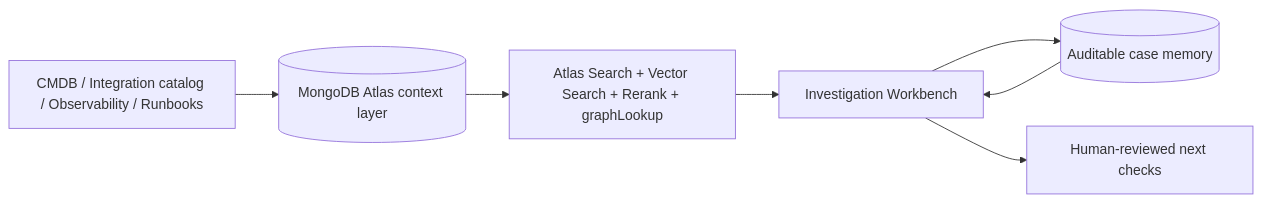
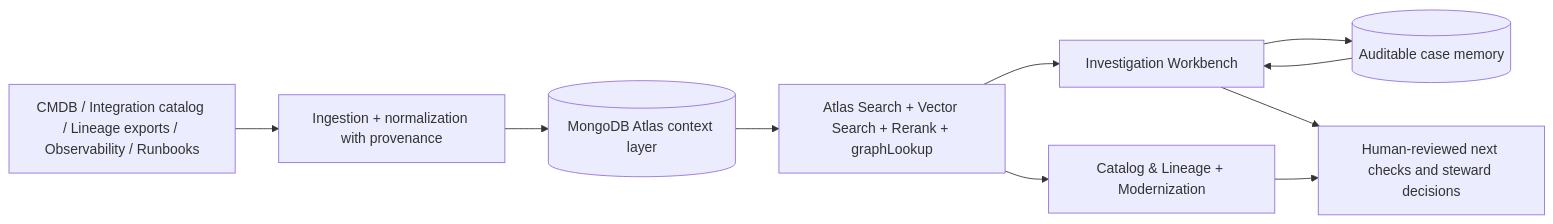
The diagram in README.md (alxmancilla/Find_The_Failure), drawn with Mermaid before and after one commit. The commit also changed other lines of this file and 3 other files, not shown here.

````diff
--- a/README.md
+++ b/README.md
@@ -50,16 +61,21 @@
 ```mermaid
 flowchart LR
-  sources[CMDB / Integration catalog / Observability / Runbooks]
+  sources[CMDB / Integration catalog / Lineage exports / Observability / Runbooks]
+  ingestion[Ingestion + normalization with provenance]
   atlas[(MongoDB Atlas context layer)]
   capabilities[Atlas Search + Vector Search + Rerank + graphLookup]
   workbench[Investigation Workbench]
+  lineage[Catalog & Lineage + Modernization]
   caseMemory[(Auditable case memory)]
-  human[Human-reviewed next checks]
+  human[Human-reviewed next checks and steward decisions]
 
-  sources --> atlas
+  sources --> ingestion
+  ingestion --> atlas
   atlas --> capabilities
   capabilities --> workbench
+  capabilities --> lineage
   workbench --> caseMemory
   workbench --> human
+  lineage --> human
   caseMemory --> workbench
 ```
````
